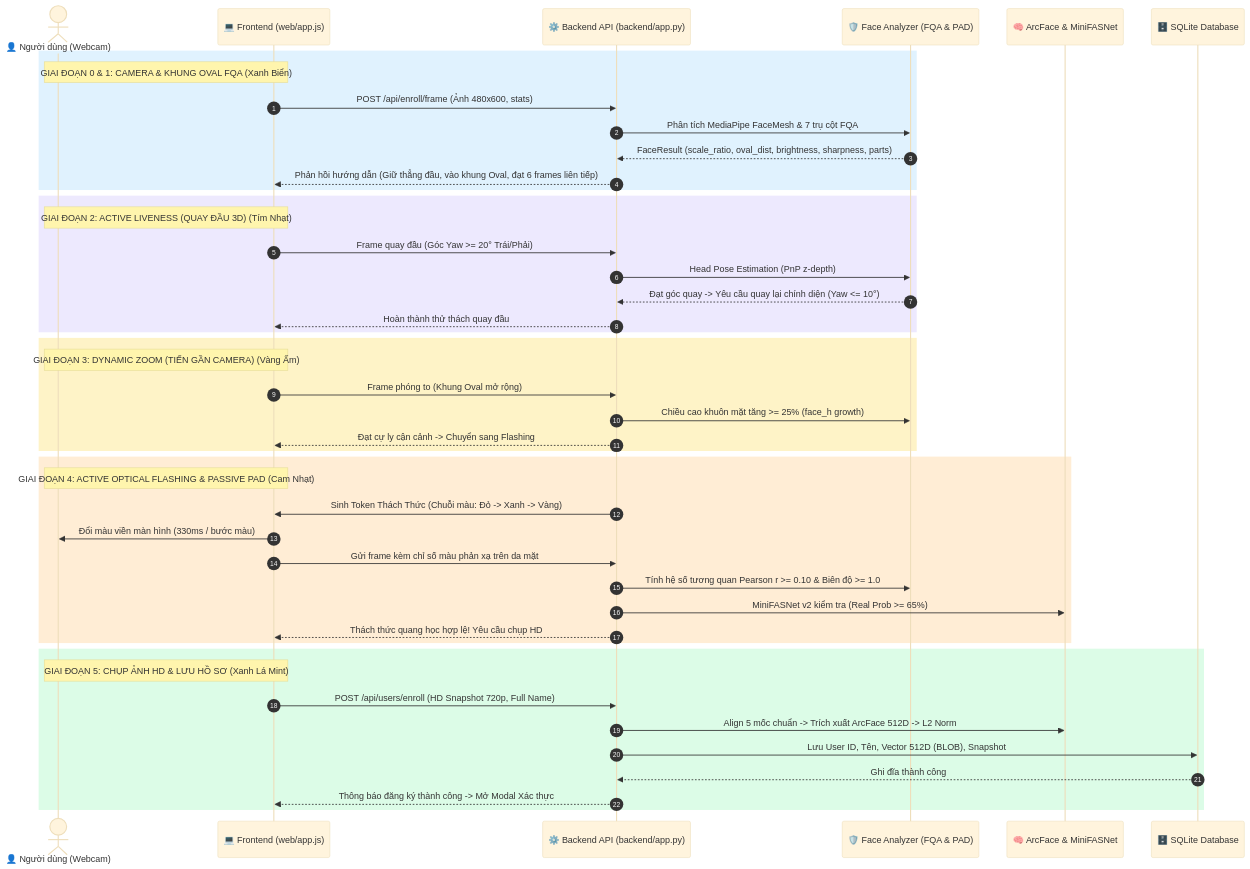
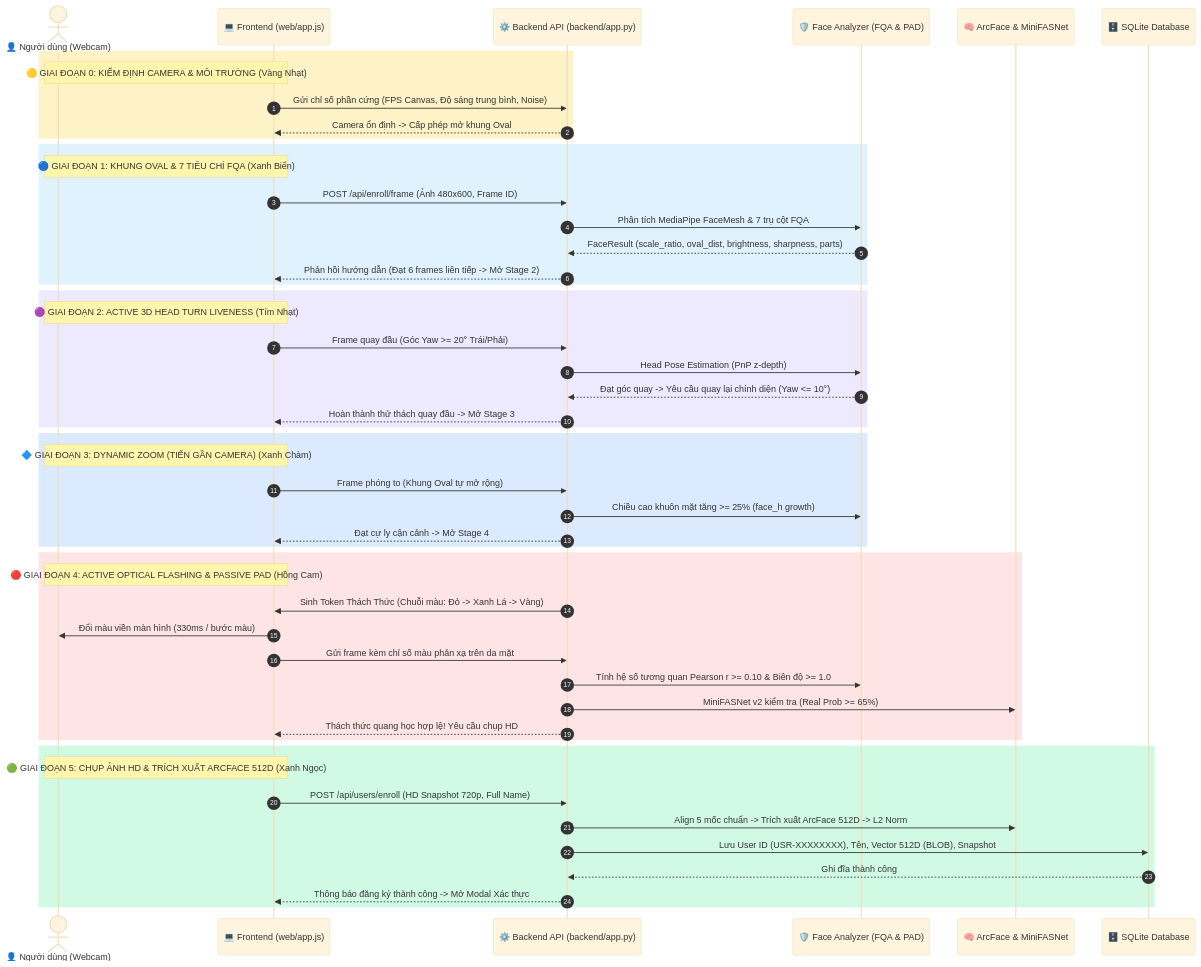
The third of 4 diagrams in PIPELINE_EKYC_SYSTEM.md (thinhtttht/ekyc_aitalab), drawn with Mermaid (base theme) before and after one commit. The commit also changed other lines of this file, not shown here.

Commit message:
docs: add vibrant multi-colored flowchart and badges for enrollment pipeline in PIPELINE_EKYC_SYSTEM.md

````diff
--- a/PIPELINE_EKYC_SYSTEM.md
+++ b/PIPELINE_EKYC_SYSTEM.md
@@ -69,52 +173,58 @@
 ```mermaid
 sequenceDiagram
     autonumber
     actor User as 👤 Người dùng (Webcam)
     participant FE as 💻 Frontend (web/app.js)
     participant BE as ⚙️ Backend API (backend/app.py)
     participant FQA as 🛡️ Face Analyzer (FQA & PAD)
     participant Model as 🧠 ArcFace & MiniFASNet
     participant DB as 🗄️ SQLite Database
 
+    rect rgb(254, 243, 199)
+    Note over User, FE: 🟡 GIAI ĐOẠN 0: KIỂM ĐỊNH CAMERA & MÔI TRƯỜNG (Vàng Nhạt)
+    FE->>BE: Gửi chỉ số phần cứng (FPS Canvas, Độ sáng trung bình, Noise)
+    BE-->>FE: Camera ổn định -> Cấp phép mở khung Oval
+    end
+
     rect rgb(224, 242, 254)
-    Note over User, FE: GIAI ĐOẠN 0 & 1: CAMERA & KHUNG OVAL FQA (Xanh Biển)
-    FE->>BE: POST /api/enroll/frame (Ảnh 480x600, stats)
+    Note over User, FE: 🔵 GIAI ĐOẠN 1: KHUNG OVAL & 7 TIÊU CHÍ FQA (Xanh Biển)
+    FE->>BE: POST /api/enroll/frame (Ảnh 480x600, Frame ID)
     BE->>FQA: Phân tích MediaPipe FaceMesh & 7 trụ cột FQA
     FQA-->>BE: FaceResult (scale_ratio, oval_dist, brightness, sharpness, parts)
-    BE-->>FE: Phản hồi hướng dẫn (Giữ thẳng đầu, vào khung Oval, đạt 6 frames liên tiếp)
+    BE-->>FE: Phản hồi hướng dẫn (Đạt 6 frames liên tiếp -> Mở Stage 2)
     end
 
     rect rgb(237, 233, 254)
-    Note over User, FE: GIAI ĐOẠN 2: ACTIVE LIVENESS (QUAY ĐẦU 3D) (Tím Nhạt)
+    Note over User, FE: 🟣 GIAI ĐOẠN 2: ACTIVE 3D HEAD TURN LIVENESS (Tím Nhạt)
     FE->>BE: Frame quay đầu (Góc Yaw >= 20° Trái/Phải)
     BE->>FQA: Head Pose Estimation (PnP z-depth)
     FQA-->>BE: Đạt góc quay -> Yêu cầu quay lại chính diện (Yaw <= 10°)
-    BE-->>FE: Hoàn thành thử thách quay đầu
+    BE-->>FE: Hoàn thành thử thách quay đầu -> Mở Stage 3
     end
 
-    rect rgb(254, 243, 199)
-    Note over User, FE: GIAI ĐOẠN 3: DYNAMIC ZOOM (TIẾN GẦN CAMERA) (Vàng Ấm)
-    FE->>BE: Frame phóng to (Khung Oval mở rộng)
+    rect rgb(219, 234, 254)
+    Note over User, FE: 🔷 GIAI ĐOẠN 3: DYNAMIC ZOOM (TIẾN GẦN CAMERA) (Xanh Chàm)
+    FE->>BE: Frame phóng to (Khung Oval tự mở rộng)
     BE->>FQA: Chiều cao khuôn mặt tăng >= 25% (face_h growth)
-    BE-->>FE: Đạt cự ly cận cảnh -> Chuyển sang Flashing
+    BE-->>FE: Đạt cự ly cận cảnh -> Mở Stage 4
     end
 
-    rect rgb(255, 237, 213)
-    Note over User, FE: GIAI ĐOẠN 4: ACTIVE OPTICAL FLASHING & PASSIVE PAD (Cam Nhạt)
-    BE->>FE: Sinh Token Thách Thức (Chuỗi màu: Đỏ -> Xanh -> Vàng)
+    rect rgb(255, 228, 230)
+    Note over User, FE: 🔴 GIAI ĐOẠN 4: ACTIVE OPTICAL FLASHING & PASSIVE PAD (Hồng Cam)
+    BE->>FE: Sinh Token Thách Thức (Chuỗi màu: Đỏ -> Xanh Lá -> Vàng)
     FE->>User: Đổi màu viền màn hình (330ms / bước màu)
     FE->>BE: Gửi frame kèm chỉ số màu phản xạ trên da mặt
     BE->>FQA: Tính hệ số tương quan Pearson r >= 0.10 & Biên độ >= 1.0
     BE->>Model: MiniFASNet v2 kiểm tra (Real Prob >= 65%)
     BE-->>FE: Thách thức quang học hợp lệ! Yêu cầu chụp HD
     end
 
-    rect rgb(220, 252, 231)
-    Note over User, FE: GIAI ĐOẠN 5: CHỤP ẢNH HD & LƯU HỒ SƠ (Xanh Lá Mint)
+    rect rgb(209, 250, 229)
+    Note over User, FE: 🟢 GIAI ĐOẠN 5: CHỤP ẢNH HD & TRÍCH XUẤT ARCFACE 512D (Xanh Ngọc)
     FE->>BE: POST /api/users/enroll (HD Snapshot 720p, Full Name)
     BE->>Model: Align 5 mốc chuẩn -> Trích xuất ArcFace 512D -> L2 Norm
-    BE->>DB: Lưu User ID, Tên, Vector 512D (BLOB), Snapshot
+    BE->>DB: Lưu User ID (USR-XXXXXXXX), Tên, Vector 512D (BLOB), Snapshot
     DB-->>BE: Ghi đĩa thành công
     BE-->>FE: Thông báo đăng ký thành công -> Mở Modal Xác thực
     end
 ```
````
